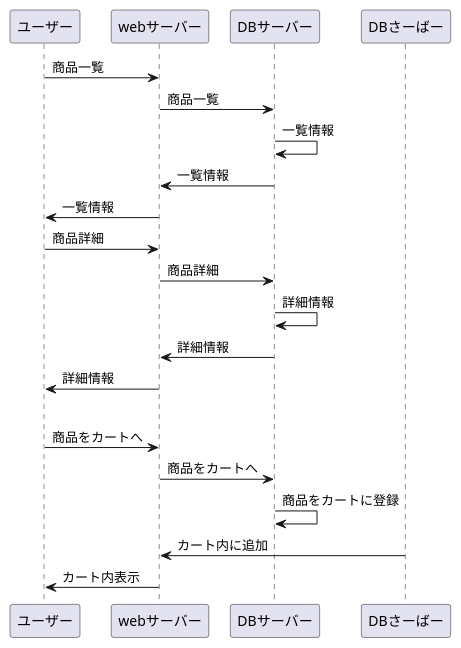
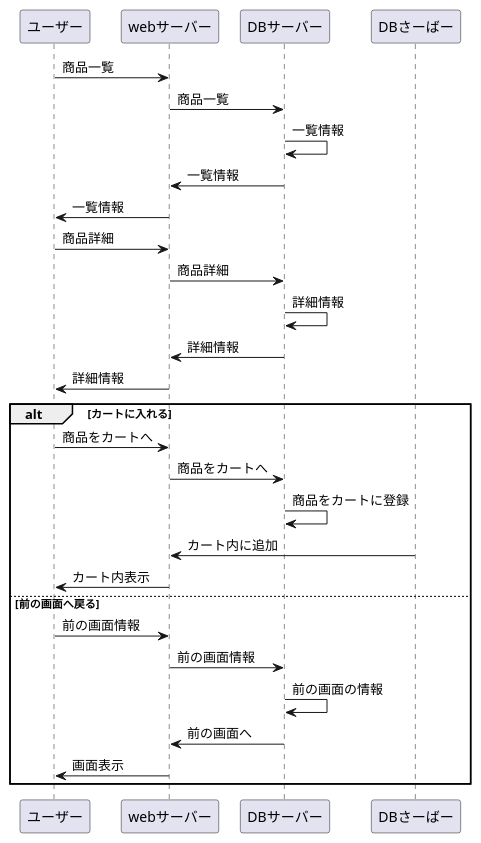
One commit to Aso2001181/2021sys-design changed the diagram in syouhinnitiran.md. Above: the diagram before and after it, drawn with PlantUML.

````diff
--- a/syouhinnitiran.md
+++ b/syouhinnitiran.md
@@ -3,20 +3,27 @@
 ```uml
 @startuml
 ユーザー -> webサーバー:商品一覧
 webサーバー -> DBサーバー:商品一覧
 DBサーバー -> DBサーバー:一覧情報
 DBサーバー -> webサーバー:一覧情報
 webサーバー -> ユーザー:一覧情報
 ユーザー -> webサーバー:商品詳細
 webサーバー -> DBサーバー:商品詳細
 DBサーバー -> DBサーバー:詳細情報
 DBサーバー -> webサーバー:詳細情報
 webサーバー -> ユーザー:詳細情報
 alt カートに入れる
 ユーザー -> webサーバー:商品をカートへ
 webサーバー -> DBサーバー:商品をカートへ
 DBサーバー -> DBサーバー:商品をカートに登録
 DBさーばー -> webサーバー:カート内に追加
 webサーバー -> ユーザー:カート内表示
+else 前の画面へ戻る
+ユーザー -> webサーバー:前の画面情報
+webサーバー -> DBサーバー:前の画面情報
+DBサーバー -> DBサーバー:前の画面の情報
+DBサーバー -> webサーバー:前の画面へ
+webサーバー -> ユーザー:画面表示
+end
 @enduml
 ```
````
